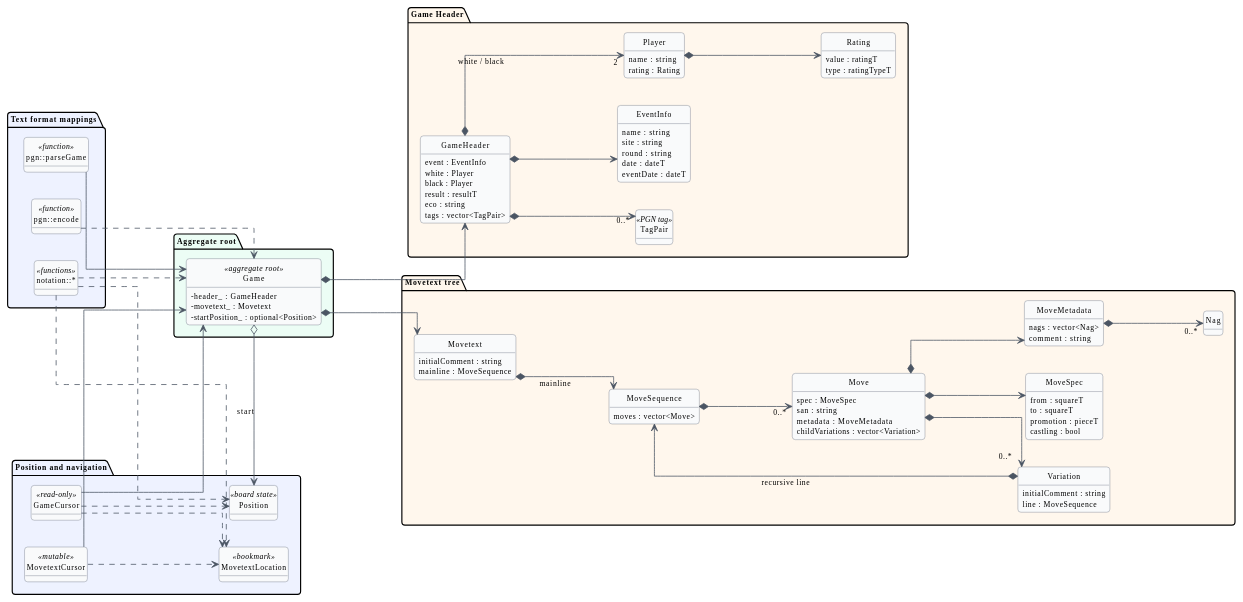
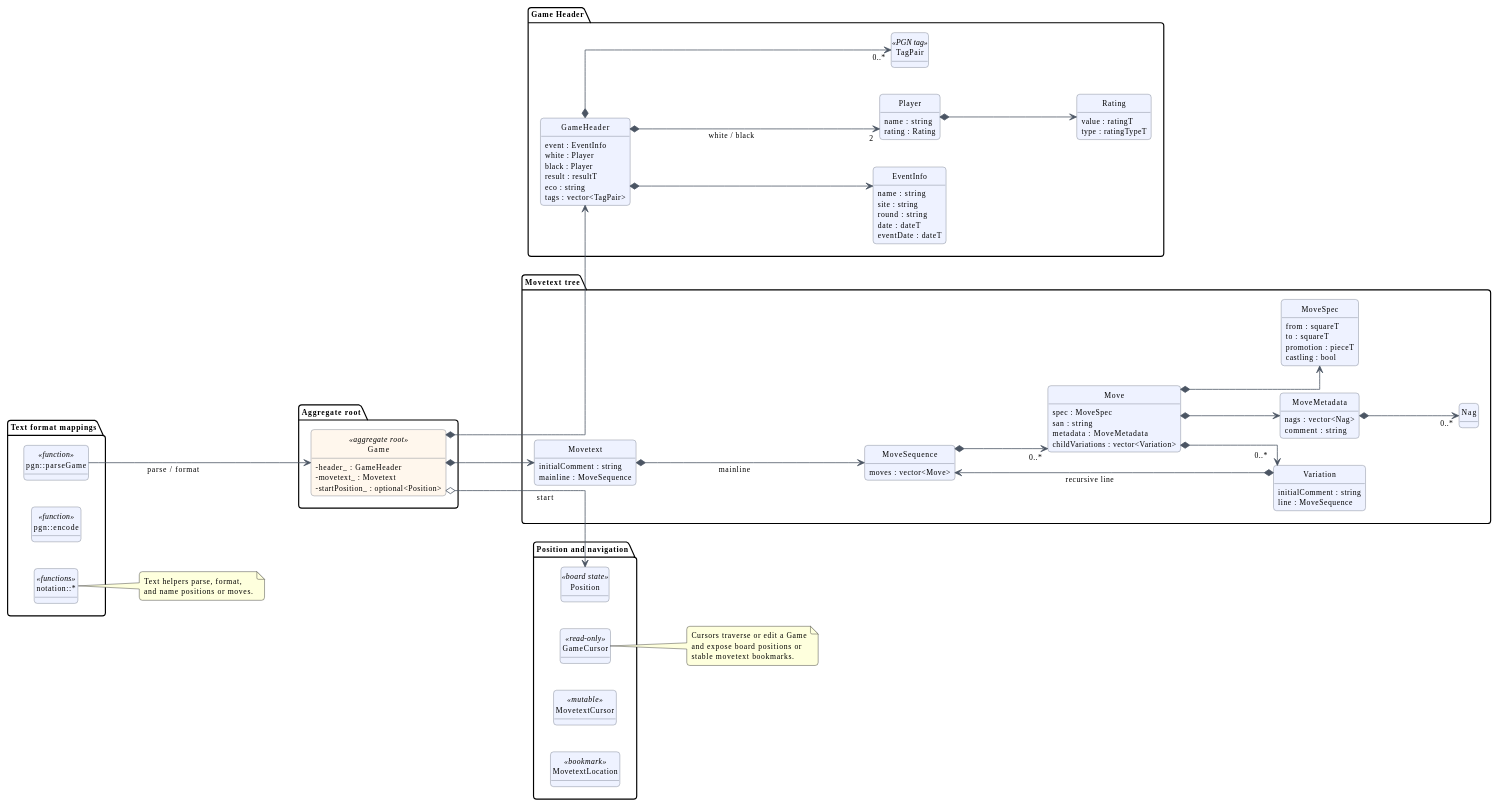
Before and after one commit to bahmanm/libscid: the second of 2 diagrams in docs/architecture/core-game.md, drawn with PlantUML. The commit also changed other lines of this file and 10 other files, not shown here.

```diff
--- a/docs/architecture/core-game.md
+++ b/docs/architecture/core-game.md
@@ -70,7 +74,7 @@
 skinparam roundcorner 8
 skinparam ArrowColor #4B5563
 skinparam ClassBorderColor #6B7280
-skinparam ClassBackgroundColor #F9FAFB
+skinparam ClassBackgroundColor #EEF2FF
 skinparam classAttributeIconSize 0
 
 hide circle
@@ -78,15 +82,15 @@
 
 left to right direction
 
-package "Aggregate root" #ECFDF5 {
-  class "Game" as DetailGame <<aggregate root>> {
+package "Aggregate root" {
+  class "Game" as DetailGame <<aggregate root>> #FFF7ED {
     - header_ : GameHeader
     - movetext_ : Movetext
     - startPosition_ : optional<Position>
   }
 }
 
-package "Game Header" #FFF7ED {
+package "Game Header" {
   class "GameHeader" as DetailGameHeader {
     event : EventInfo
     white : Player
@@ -117,7 +121,7 @@
   class "TagPair" as DetailTagPair <<PGN tag>>
 }
 
-package "Movetext tree" #FFF7ED {
+package "Movetext tree" {
   class "Movetext" as DetailMovetext {
     initialComment : string
     mainline : MoveSequence
@@ -154,18 +158,29 @@
   class "Nag" as DetailNag
 }
 
-package "Position and navigation" #EEF2FF {
+package "Position and navigation" {
   class "Position" as DetailPosition <<board state>>
   class "GameCursor" as DetailGameCursor <<read-only>>
   class "MovetextCursor" as DetailMovetextCursor <<mutable>>
   class "MovetextLocation" as DetailLocation <<bookmark>>
 }
 
-package "Text format mappings" #EEF2FF {
+package "Text format mappings" {
   class "pgn::parseGame" as DetailPgnDecode <<function>>
   class "pgn::encode" as DetailPgnEncode <<function>>
   class "notation::*" as DetailNotation <<functions>>
 }
+
+note right of DetailNotation
+  Text helpers parse, format,
+  and name positions or moves.
+end note
+
+note right of DetailGameCursor
+  Cursors traverse or edit a Game
+  and expose board positions or
+  stable movetext bookmarks.
+end note
 
 DetailGame *---> DetailGameHeader
 DetailGame *---> DetailMovetext
@@ -184,15 +199,5 @@
 DetailMove *---> "0..*" DetailVariation
 DetailVariation *---> DetailMoveSequence : recursive line
 
-DetailGameCursor ---> DetailGame
-DetailMovetextCursor ---> DetailGame
-DetailGameCursor ...> DetailLocation
-DetailMovetextCursor ...> DetailLocation
-DetailGameCursor ...> DetailPosition
-
-DetailPgnDecode ---> DetailGame
-DetailPgnEncode ...> DetailGame
-DetailNotation ...> DetailGame
-DetailNotation ...> DetailLocation
-DetailNotation ...> DetailPosition
+DetailPgnDecode ---> DetailGame : parse / format
 @enduml
```
